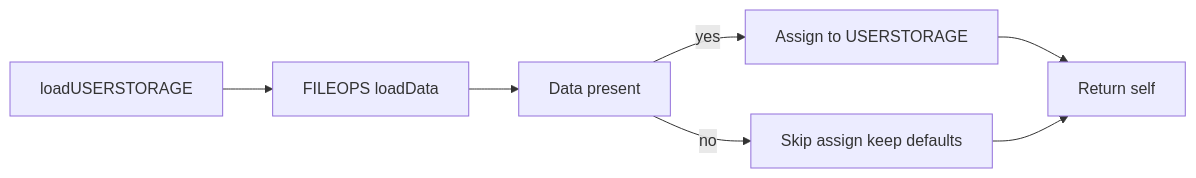
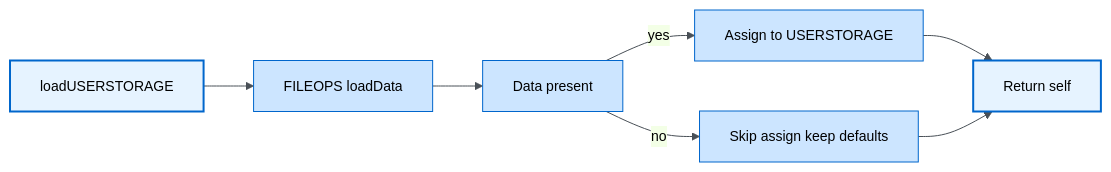
One commit to Gh0st352/AETHR changed the first of 4 diagrams in docs/aethr/user_storage.md. Above: the diagram before and after it, drawn with Mermaid. The commit also changed other lines of this file and 8 other files, not shown here.

Commit message:
docs: enhance documentation with detailed flowcharts and sequence diagrams for initialization, instance creation, module wiring, user storage, and background processes

````diff
--- a/docs/aethr/user_storage.md
+++ b/docs/aethr/user_storage.md
@@ -17,9 +17,18 @@
 ```mermaid
+%%{init: {"theme": "base", "themeVariables": {"primaryColor":"#e6f3ff","primaryBorderColor":"#0066cc","primaryTextColor":"#000","lineColor":"#495057","textColor":"#000","fontSize":"14px"}}}%%
 flowchart LR
   L[loadUSERSTORAGE] --> LD[FILEOPS loadData]
   LD --> CK[Data present]
   CK -->|yes| AS[Assign to USERSTORAGE]
   CK -->|no| SK[Skip assign keep defaults]
   AS --> RT[Return self]
   SK --> RT
+
+  %% Styles
+  classDef core fill:#e6f3ff,stroke:#0066cc,stroke-width:2px,color:#000
+  classDef process fill:#cce5ff,stroke:#0066cc,color:#000
+
+  %% Apply classes
+  class L,RT core
+  class LD,CK,AS,SK process
 ```
````
